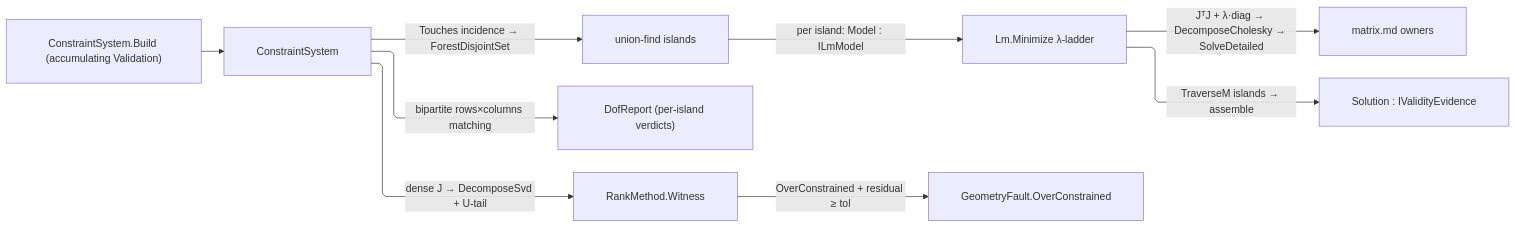
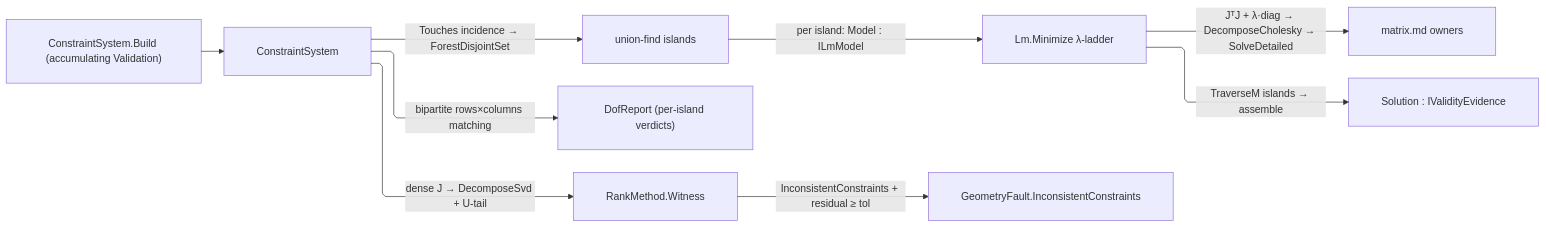
Before and after one commit to bsamiee/Rasm: the diagram in libs/dotnet/Rasm/.planning/Solving/solver.md, drawn with Mermaid. The commit also changed other lines of this file and 83 other files, not shown here.

````diff
--- a/libs/dotnet/Rasm/.planning/Solving/solver.md
+++ b/libs/dotnet/Rasm/.planning/Solving/solver.md
@@ -1113,20 +1113,20 @@
 ```mermaid
 ---
 config:
   layout: elk
   flowchart:
     curve: linear
     padding: 25
 ---
 flowchart LR
     accTitle: Constraint solver dispatch
     accDescr: Constraint systems decompose into islands, route through the shared LM functor, and return typed evidence.
     Build["ConstraintSystem.Build (accumulating Validation)"] --> System[ConstraintSystem]
     System -->|"Touches incidence → ForestDisjointSet"| Islands["union-find islands"]
     System -->|"bipartite rows×columns matching"| DofReport["DofReport (per-island verdicts)"]
     System -->|"dense J → DecomposeSvd + U-tail"| Witness["RankMethod.Witness"]
     Islands -->|"per island: Model : ILmModel"| Lm["Lm.Minimize λ-ladder"]
     Lm -->|"JᵀJ + λ·diag → DecomposeCholesky → SolveDetailed"| Matrix["matrix.md owners"]
     Lm -->|"TraverseM islands → assemble"| Solution["Solution : IValidityEvidence"]
-    Witness -->|"OverConstrained + residual ≥ tol"| Fault["GeometryFault.OverConstrained"]
+    Witness -->|"InconsistentConstraints + residual ≥ tol"| Fault["GeometryFault.InconsistentConstraints"]
 ```
````
